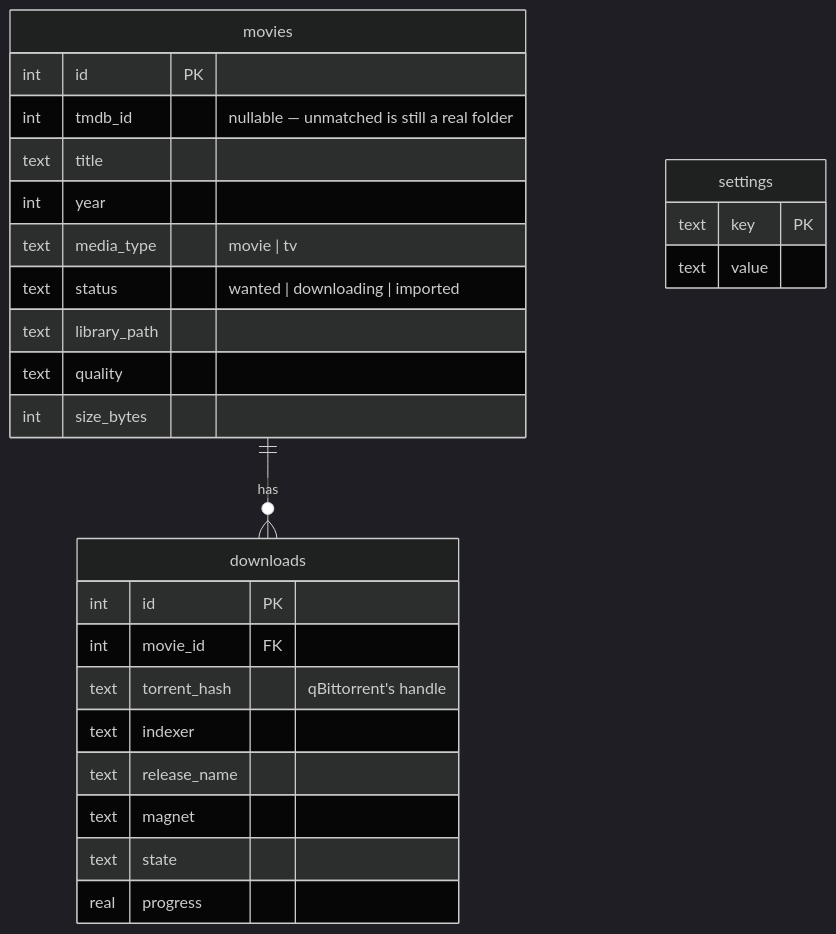
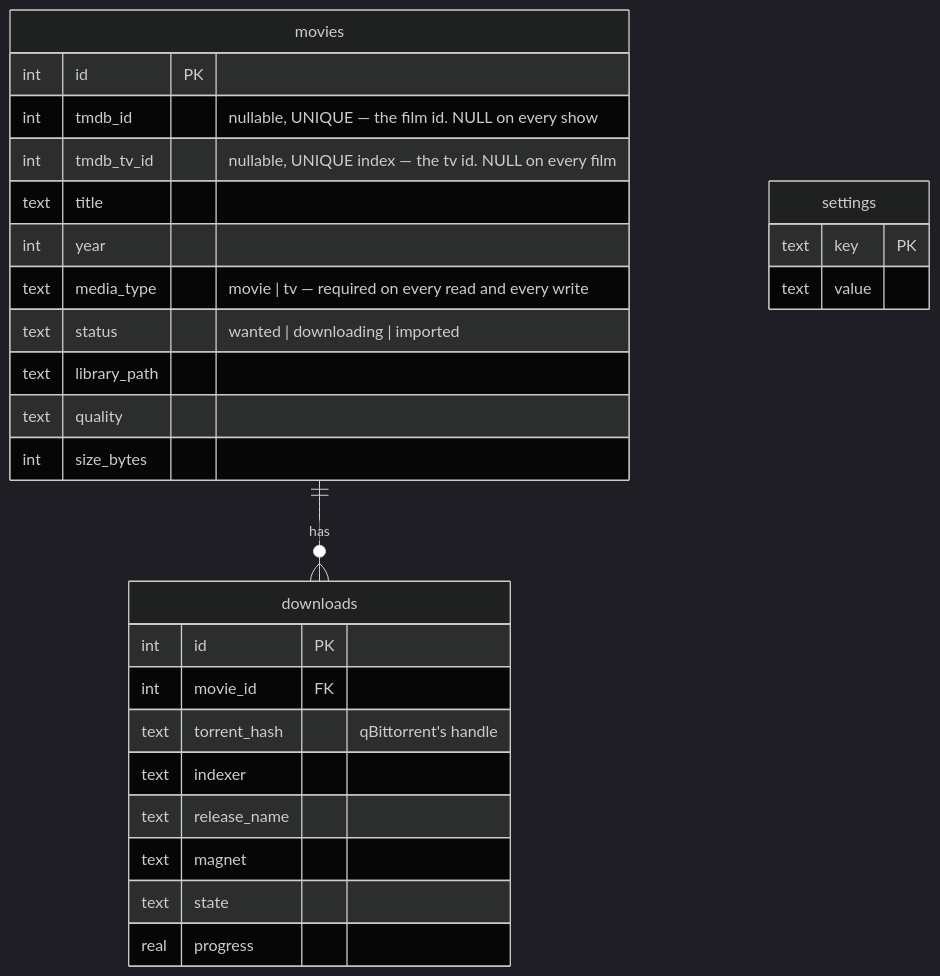
Before and after one commit to DulsaraNethmin/Curator: the fourth of 4 diagrams in docs/architecture.md, drawn with Mermaid (dark theme). The commit also changed other lines of this file and 1 other file, not shown here.

````diff
--- a/docs/architecture.md
+++ b/docs/architecture.md
@@ -167,29 +229,30 @@
 ```mermaid
 erDiagram
     movies ||--o{ downloads : "has"
     movies {
         int id PK
-        int tmdb_id "nullable — unmatched is still a real folder"
+        int tmdb_id "nullable, UNIQUE — the film id. NULL on every show"
+        int tmdb_tv_id "nullable, UNIQUE index — the tv id. NULL on every film"
         text title
         int year
-        text media_type "movie | tv"
+        text media_type "movie | tv — required on every read and every write"
         text status "wanted | downloading | imported"
         text library_path
         text quality
         int size_bytes
     }
     downloads {
         int id PK
         int movie_id FK
         text torrent_hash "qBittorrent's handle"
         text indexer
         text release_name
         text magnet
         text state
         real progress
     }
     settings {
         text key PK
         text value
     }
 ```
````
